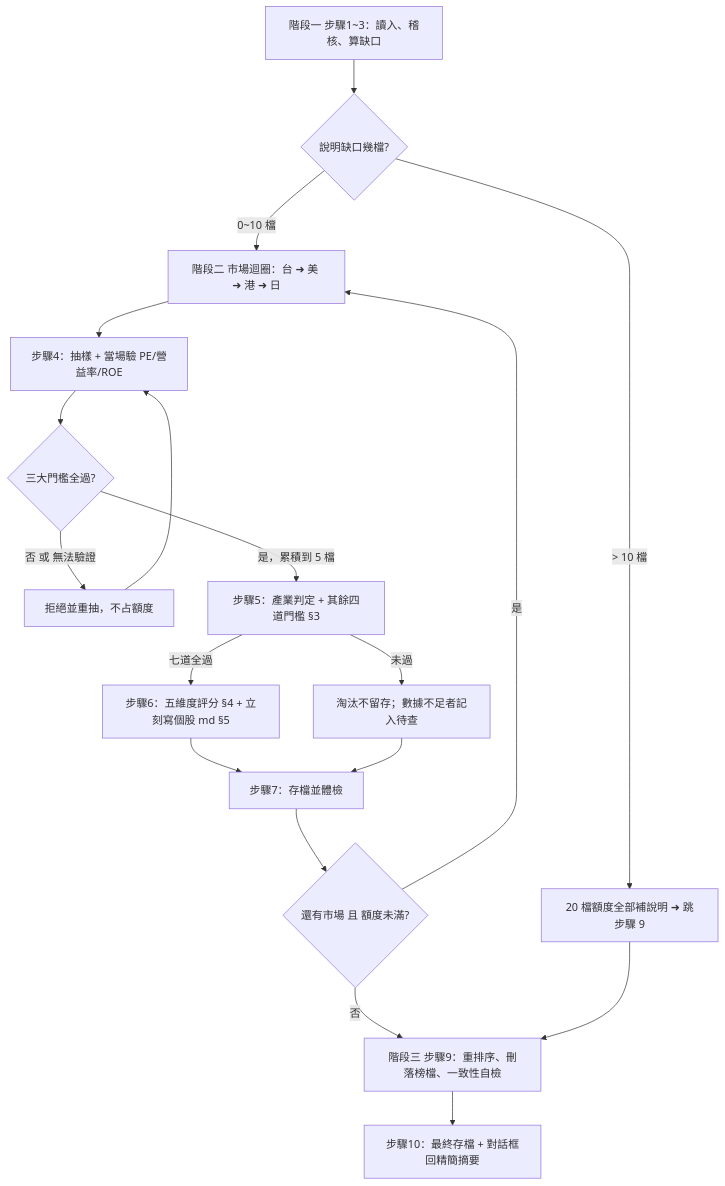
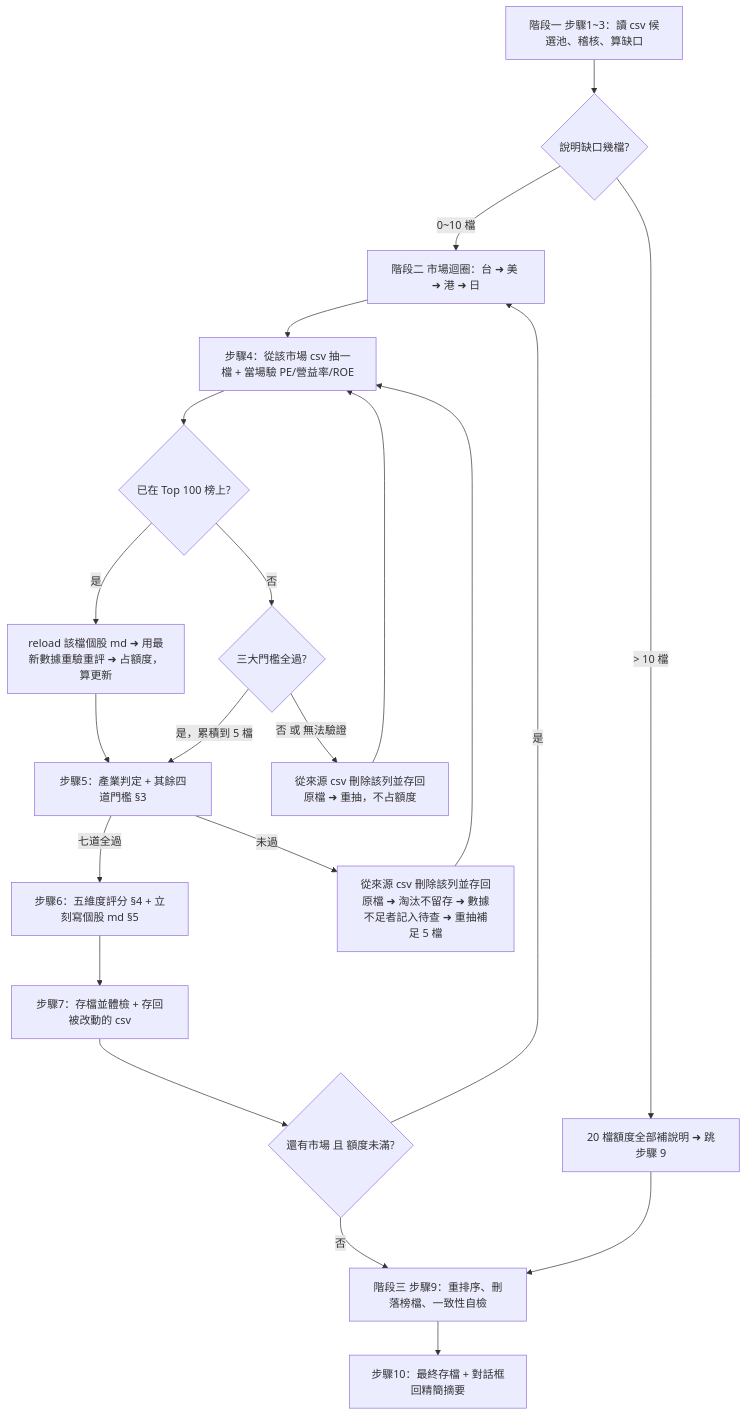
One commit to a9303001/FinancialReport changed the diagram in Routines_StkScreener_gemini.md. Above: the diagram before and after it, drawn with Mermaid. The commit also changed other lines of this file and 4 other files, not shown here.

````diff
--- a/Routines_StkScreener_gemini.md
+++ b/Routines_StkScreener_gemini.md
@@ -88,20 +120,23 @@
 ```mermaid
 graph TD
-    A[階段一 步驟1~3：讀入、稽核、算缺口] --> B{說明缺口幾檔?}
+    A[階段一 步驟1~3：讀 csv 候選池、稽核、算缺口] --> B{說明缺口幾檔?}
     B -->|> 10 檔| C[20 檔額度全部補說明 ➜ 跳步驟 9]
     B -->|0~10 檔| D[階段二 市場迴圈：台 ➜ 美 ➜ 港 ➜ 日]
-    D --> E[步驟4：抽樣 + 當場驗 PE/營益率/ROE]
-    E --> P{三大門檻全過?}
-    P -->|否 或 無法驗證| R[拒絕並重抽，不占額度]
+    D --> E[步驟4：從該市場 csv 抽一檔 + 當場驗 PE/營益率/ROE]
+    E --> N{已在 Top 100 榜上?}
+    N -->|是| U[reload 該檔個股 md ➜ 用最新數據重驗重評 ➜ 占額度，算更新]
+    U --> F
+    N -->|否| P{三大門檻全過?}
+    P -->|否 或 無法驗證| R[從來源 csv 刪除該列並存回原檔 ➜ 重抽，不占額度]
     R --> E
     P -->|是，累積到 5 檔| F[步驟5：產業判定 + 其餘四道門檻 §3]
     F -->|七道全過| G[步驟6：五維度評分 §4 + 立刻寫個股 md §5]
-    F -->|未過| H[淘汰不留存；數據不足者記入待查]
-    G --> I[步驟7：存檔並體檢]
-    H --> I
+    F -->|未過| H[從來源 csv 刪除該列並存回原檔 ➜ 淘汰不留存 ➜ 數據不足者記入待查 ➜ 重抽補足 5 檔]
+    H --> E
+    G --> I[步驟7：存檔並體檢 + 存回被改動的 csv]
     I --> J{還有市場 且 額度未滿?}
     J -->|是| D
     J -->|否| K[階段三 步驟9：重排序、刪落榜檔、一致性自檢]
     C --> K
     K --> L[步驟10：最終存檔 + 對話框回精簡摘要]
 ```
````
